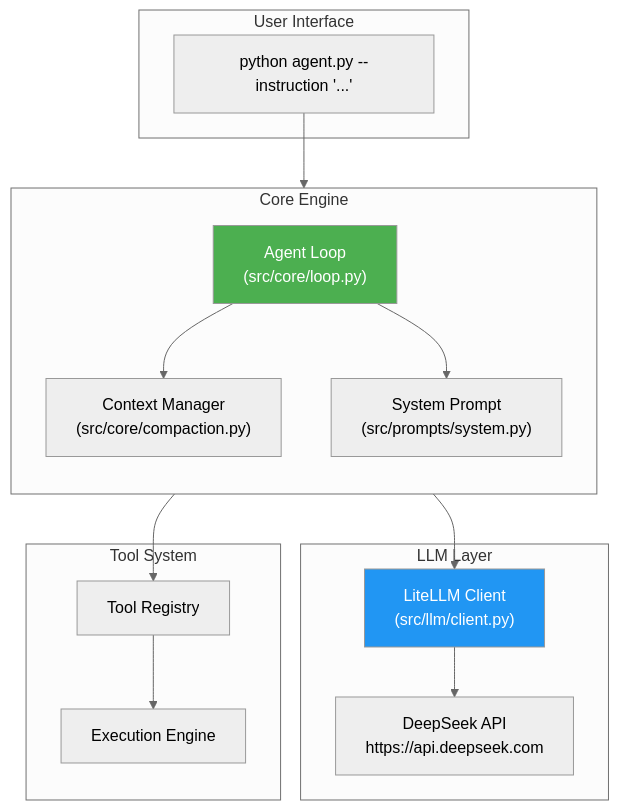
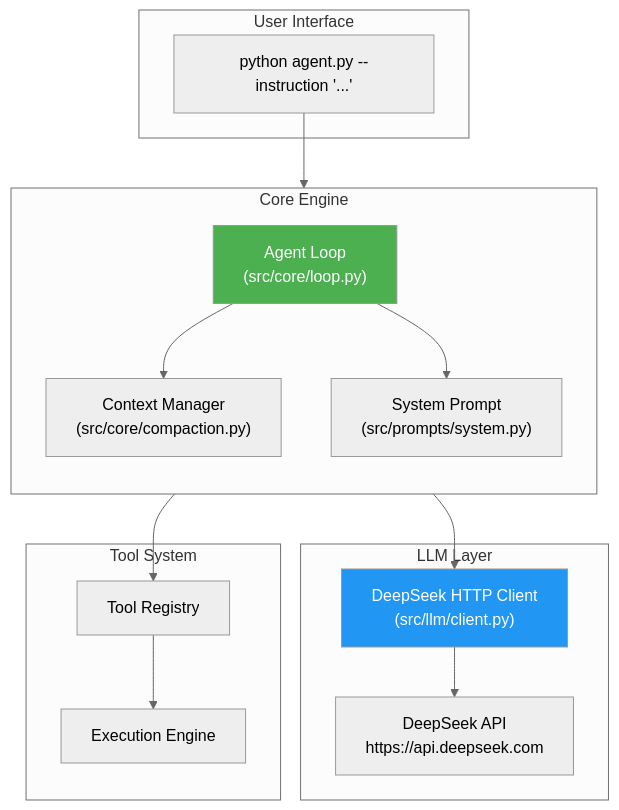
Before and after one commit to BaseIntelligence/baseagent: the second of 3 diagrams in docs/overview.md, drawn with Mermaid (neutral theme). The commit also changed 9 other files, not shown here.

Commit message:
Update Harbor and DeepSeek docs

````diff
--- a/docs/overview.md
+++ b/docs/overview.md
@@ -69,34 +69,34 @@
 ```mermaid
 graph TB
     subgraph Interface["User Interface"]
         CLI["python agent.py --instruction '...'"]
     end
     
     subgraph Engine["Core Engine"]
         direction TB
         Loop["Agent Loop<br/>(src/core/loop.py)"]
         Context["Context Manager<br/>(src/core/compaction.py)"]
         Prompt["System Prompt<br/>(src/prompts/system.py)"]
     end
     
     subgraph LLM["LLM Layer"]
-        Client["LiteLLM Client<br/>(src/llm/client.py)"]
+        Client["DeepSeek HTTP Client<br/>(src/llm/client.py)"]
         API["DeepSeek API<br/>https://api.deepseek.com"]
     end
     
     subgraph Tools["Tool System"]
         Registry["Tool Registry"]
         Exec["Execution Engine"]
     end
     
     CLI --> Loop
     Loop --> Context
     Loop --> Prompt
     Loop --> Client
     Client --> API
     Loop --> Registry
     Registry --> Exec
     
     style Loop fill:#4CAF50,color:#fff
     style Client fill:#2196F3,color:#fff
 ```
````
